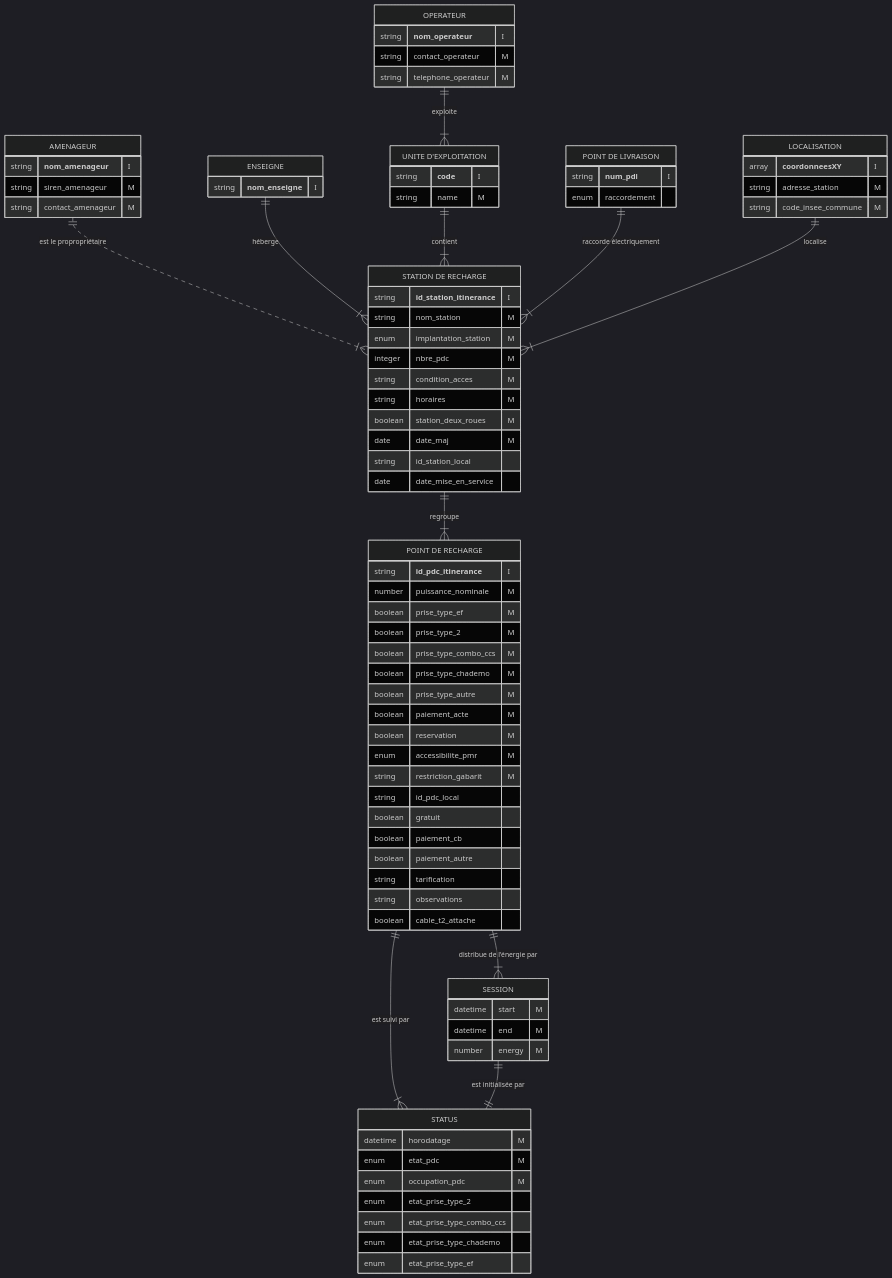
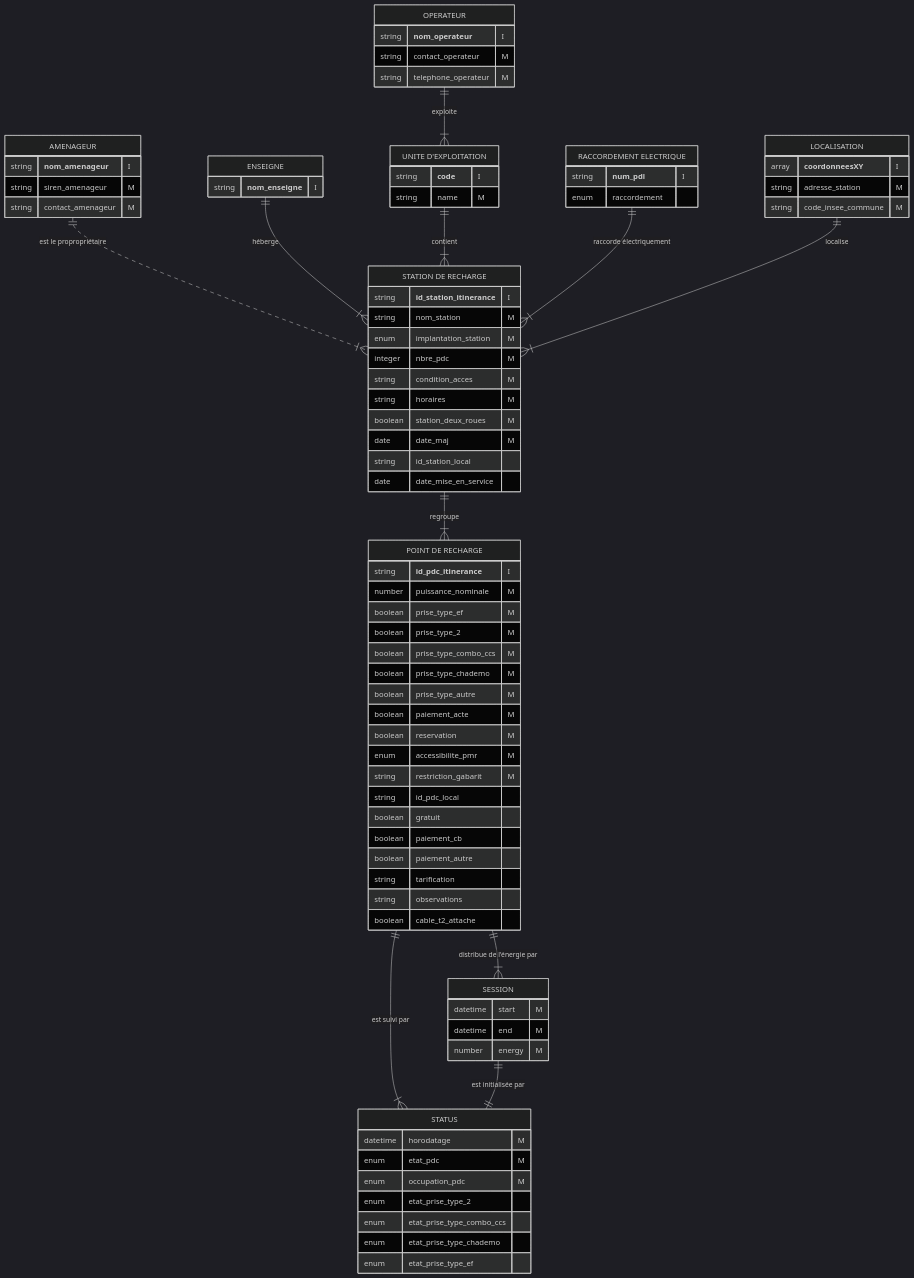
One commit to loco-philippe/IRVE changed diagram 16 of 16 in indicateurs/files/donnees.md. Above: the diagram before and after it, drawn with Mermaid (dark theme). The commit also changed other lines of this file, not shown here.

```diff
--- a/indicateurs/files/donnees.md
+++ b/indicateurs/files/donnees.md
@@ -367,7 +373,7 @@
   string **code** "I"
   string name "M"
   }
-  "POINT DE LIVRAISON" {
+  "RACCORDEMENT ELECTRIQUE" {
   string **num_pdl** "I"
   enum    raccordement
   }
@@ -426,7 +432,7 @@
   ENSEIGNE ||--|{ "STATION DE RECHARGE": "héberge"
   OPERATEUR ||--|{ "UNITE D'EXPLOITATION": "exploite"
   "UNITE D'EXPLOITATION" ||--|{ "STATION DE RECHARGE": "contient"    
-  "POINT DE LIVRAISON" ||--|{ "STATION DE RECHARGE" : "raccorde électriquement"
+  "RACCORDEMENT ELECTRIQUE" ||--|{ "STATION DE RECHARGE" : "raccorde électriquement"
   LOCALISATION ||--|{ "STATION DE RECHARGE": "localise"
   "STATION DE RECHARGE" ||--|{ "POINT DE RECHARGE" : regroupe
   "POINT DE RECHARGE" ||--|{ "STATUS" : "est suivi par"
```
